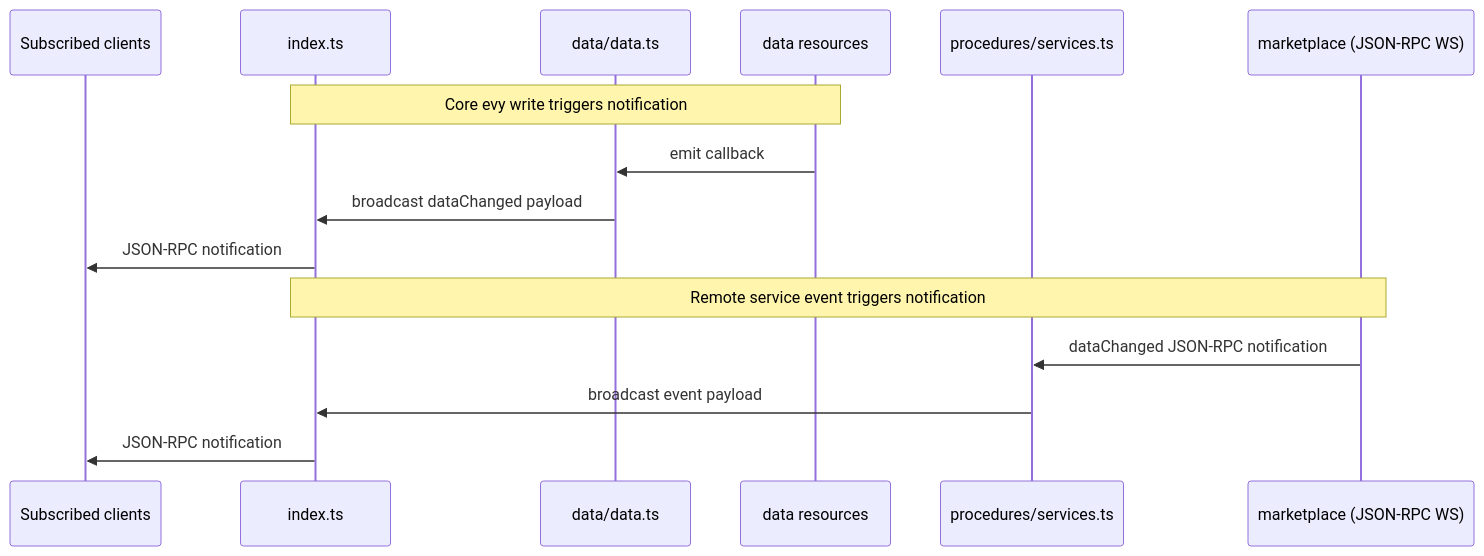
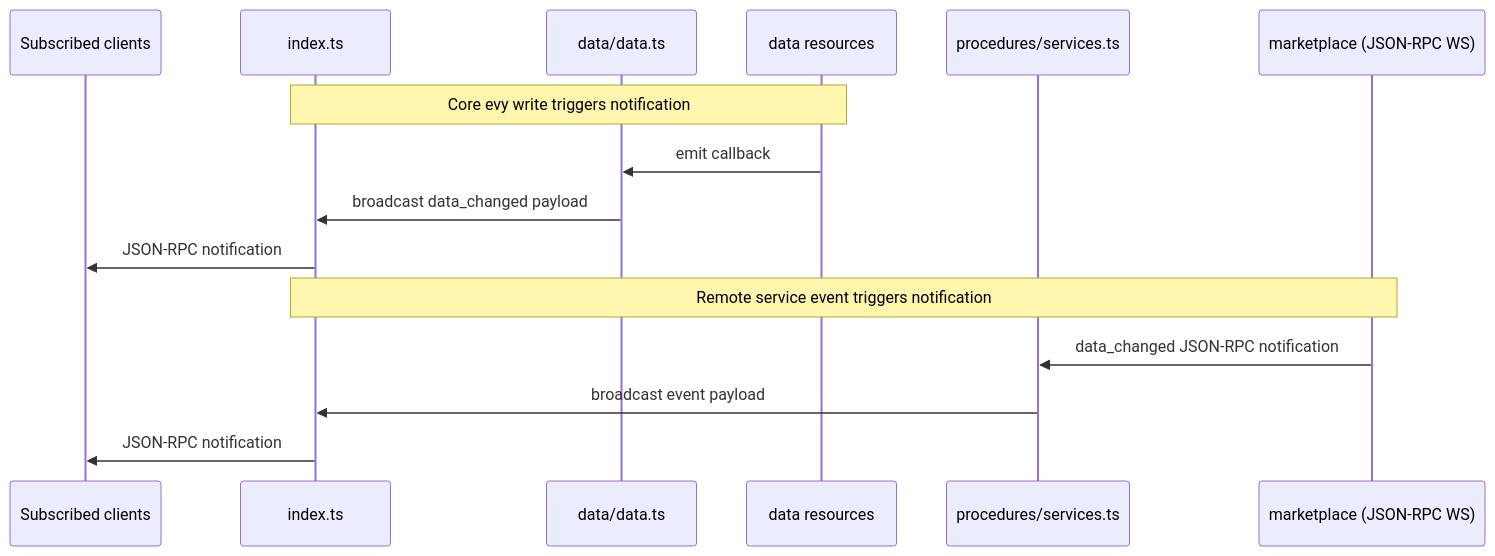
The second of 2 diagrams in api/README.md (EVY-Platform/evy), drawn with Mermaid before and after one commit. The commit also changed other lines of this file and 285 other files, not shown here.

````diff
--- a/api/README.md
+++ b/api/README.md
@@ -83,19 +83,19 @@
 ```mermaid
 sequenceDiagram
     participant Client as Subscribed clients
     participant index as index.ts
     participant data as data/data.ts
     participant resource as data resources
     participant services as procedures/services.ts
     participant marketplace as marketplace (JSON-RPC WS)
 
     Note over resource,index: Core evy write triggers notification
     resource->>data: emit callback
-    data->>index: broadcast dataChanged payload
+    data->>index: broadcast data_changed payload
     index->>Client: JSON-RPC notification
 
     Note over marketplace,index: Remote service event triggers notification
-    marketplace->>services: dataChanged JSON-RPC notification
+    marketplace->>services: data_changed JSON-RPC notification
     services->>index: broadcast event payload
     index->>Client: JSON-RPC notification
 ```
````
